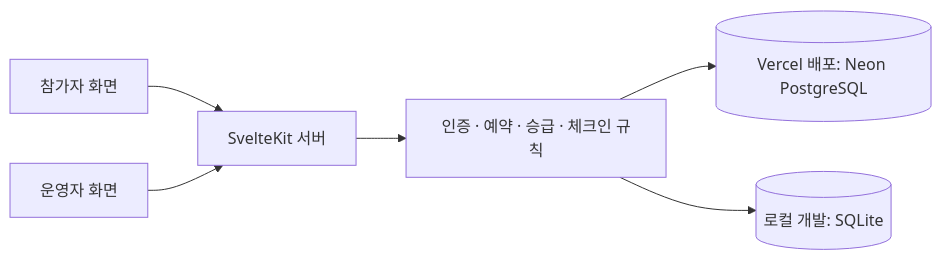
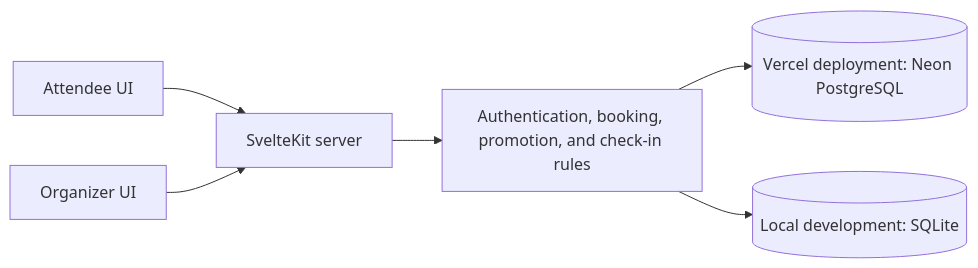
One commit to dongyunkim96/Convene changed the diagram in README.md. Above: the diagram before and after it, drawn with Mermaid. The commit also changed other lines of this file, not shown here.

````diff
--- a/README.md
+++ b/README.md
@@ -145,8 +145,8 @@
 ```mermaid
 flowchart LR
-  A[참가자 화면] --> S[SvelteKit 서버]
-  O[운영자 화면] --> S
-  S --> D[인증 · 예약 · 승급 · 체크인 규칙]
-  D --> P[(Vercel 배포: Neon PostgreSQL)]
-  D --> L[(로컬 개발: SQLite)]
+  A[Attendee UI] --> S[SvelteKit server]
+  O[Organizer UI] --> S
+  S --> D[Authentication, booking, promotion, and check-in rules]
+  D --> P[(Vercel deployment: Neon PostgreSQL)]
+  D --> L[(Local development: SQLite)]
 ```
````
